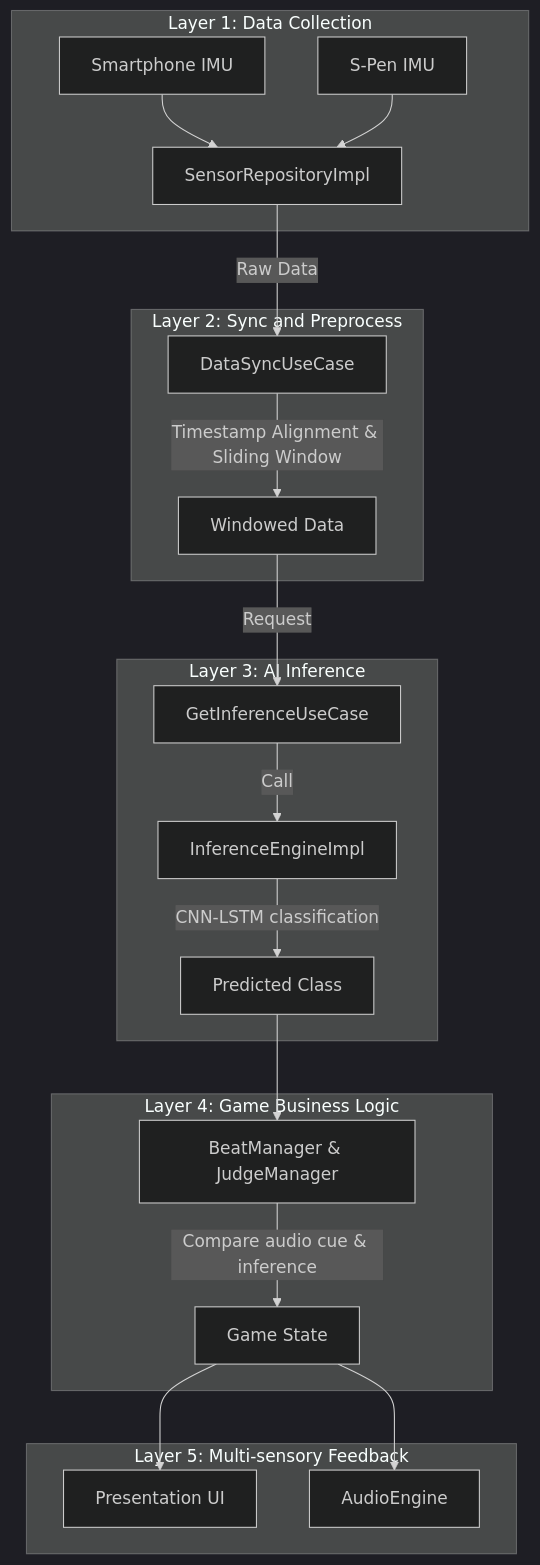
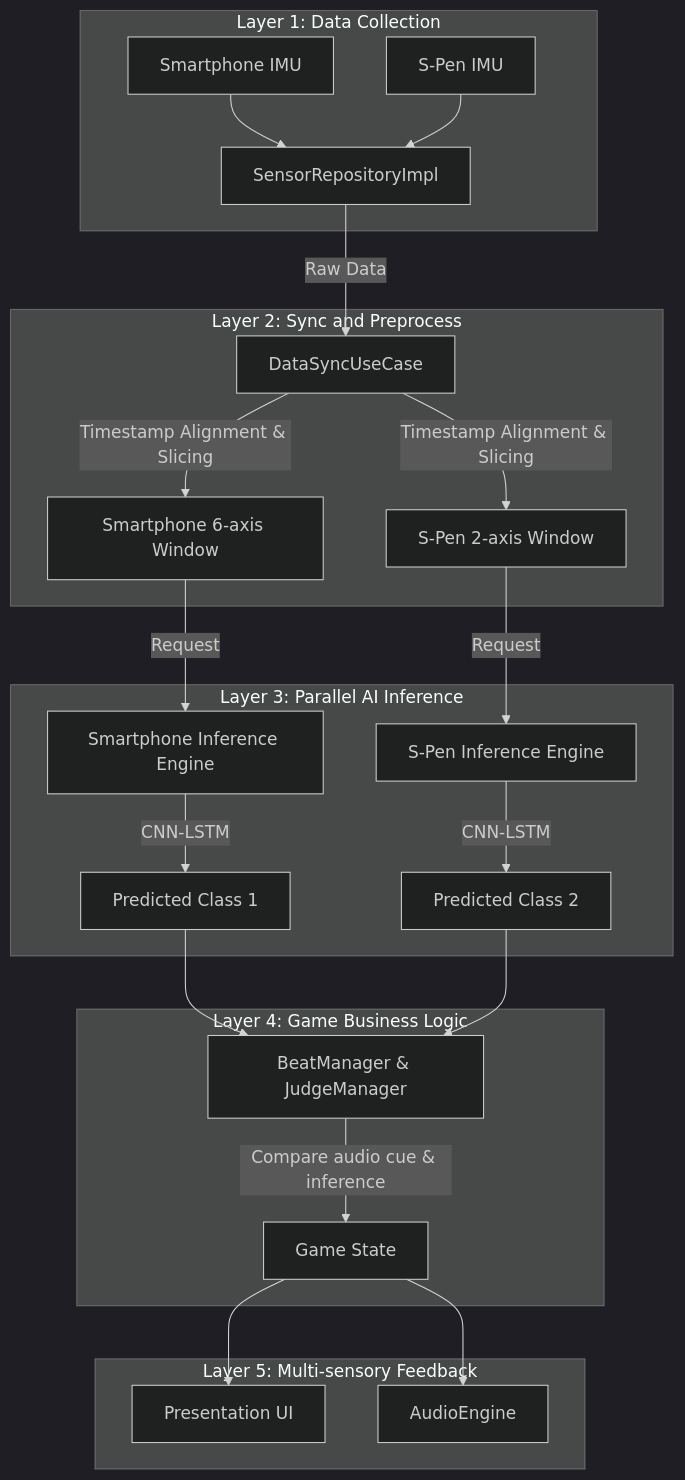
One commit to spklapjs/Point-6 changed the first of 2 diagrams in docs/02_System_Architecture.md. Above: the diagram before and after it, drawn with Mermaid (dark theme). The commit also changed other lines of this file, not shown here.

First line of the commit message:
Update 02_System_Architecture.md

````diff
--- a/docs/02_System_Architecture.md
+++ b/docs/02_System_Architecture.md
@@ -50,28 +40,31 @@
 ```mermaid
 graph TD
 subgraph L1 [Layer 1: Data Collection]
 A[Smartphone IMU] --> C[SensorRepositoryImpl]
 B[S-Pen IMU] --> C
 end
 
 subgraph L2 [Layer 2: Sync and Preprocess]
 C -- Raw Data --> D[DataSyncUseCase]
-D -- Timestamp Alignment & Sliding Window --> E[Windowed Data]
+D -- Timestamp Alignment & Slicing --> E1[Smartphone 6-axis Window]
+D -- Timestamp Alignment & Slicing --> E2[S-Pen 2-axis Window]
 end
 
-subgraph L3 [Layer 3: AI Inference]
-E -- Request --> F[GetInferenceUseCase]
-F -- Call --> G[InferenceEngineImpl]
-G -- CNN-LSTM classification --> H[Predicted Class]
+subgraph L3 [Layer 3: Parallel AI Inference]
+E1 -- Request --> F1[Smartphone Inference Engine]
+E2 -- Request --> F2[S-Pen Inference Engine]
+F1 -- CNN-LSTM --> H1[Predicted Class 1]
+F2 -- CNN-LSTM --> H2[Predicted Class 2]
 end
 
 subgraph L4 [Layer 4: Game Business Logic]
-H --> I[BeatManager & JudgeManager]
+H1 --> I[BeatManager & JudgeManager]
+H2 --> I
 I -- Compare audio cue & inference --> J[Game State]
 end
 
 subgraph L5 [Layer 5: Multi-sensory Feedback]
 J --> K[Presentation UI]
 J --> L[AudioEngine]
 end
 ```
````
